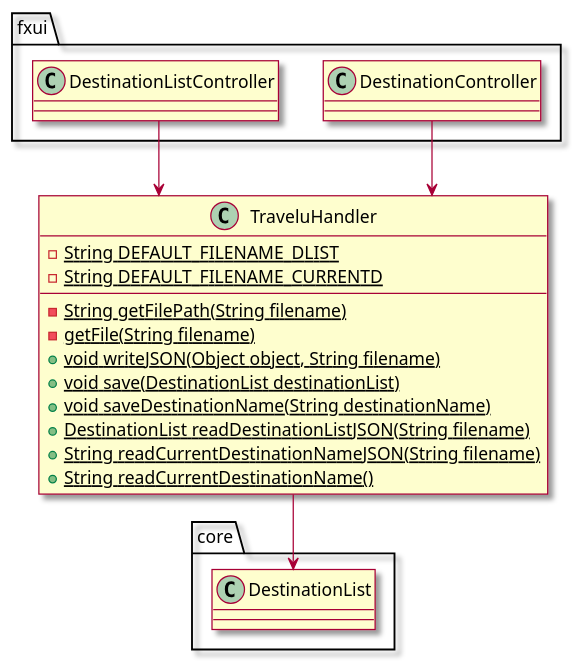
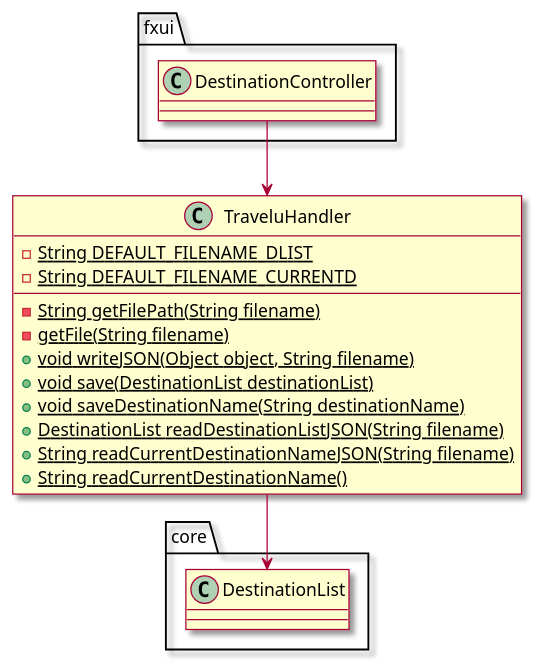
The diagram in docs/classDiagramPersistence.puml (tbwiik/Travelu), drawn with PlantUML before and after one commit. The commit also changed 3 other files, not shown here.

```diff
--- a/docs/classDiagramPersistence.puml
+++ b/docs/classDiagramPersistence.puml
@@ -1,31 +1,30 @@
 @startuml cdPersistence
 skin rose
+skinparam linetype ortho
+
 package core {
     class DestinationList
 }
+
 package fxui {
     class DestinationController
-    class DestinationListController
+    'class DestinationListController
 }
-
 
 class TraveluHandler {
     - {static} String DEFAULT_FILENAME_DLIST
     - {static} String DEFAULT_FILENAME_CURRENTD
 
     - {static} String getFilePath(String filename)
     - {static} getFile(String filename)
     + {static} void writeJSON(Object object, String filename)
     + {static} void save(DestinationList destinationList)
     + {static} void saveDestinationName(String destinationName)
     + {static} DestinationList readDestinationListJSON(String filename)
     + {static} String readCurrentDestinationNameJSON(String filename)
     + {static} String readCurrentDestinationName()
 }
-skinparam Linetype ortho
 
-DestinationListController --> TraveluHandler
 DestinationController --> TraveluHandler
 TraveluHandler --> DestinationList
-
 @enduml
```
